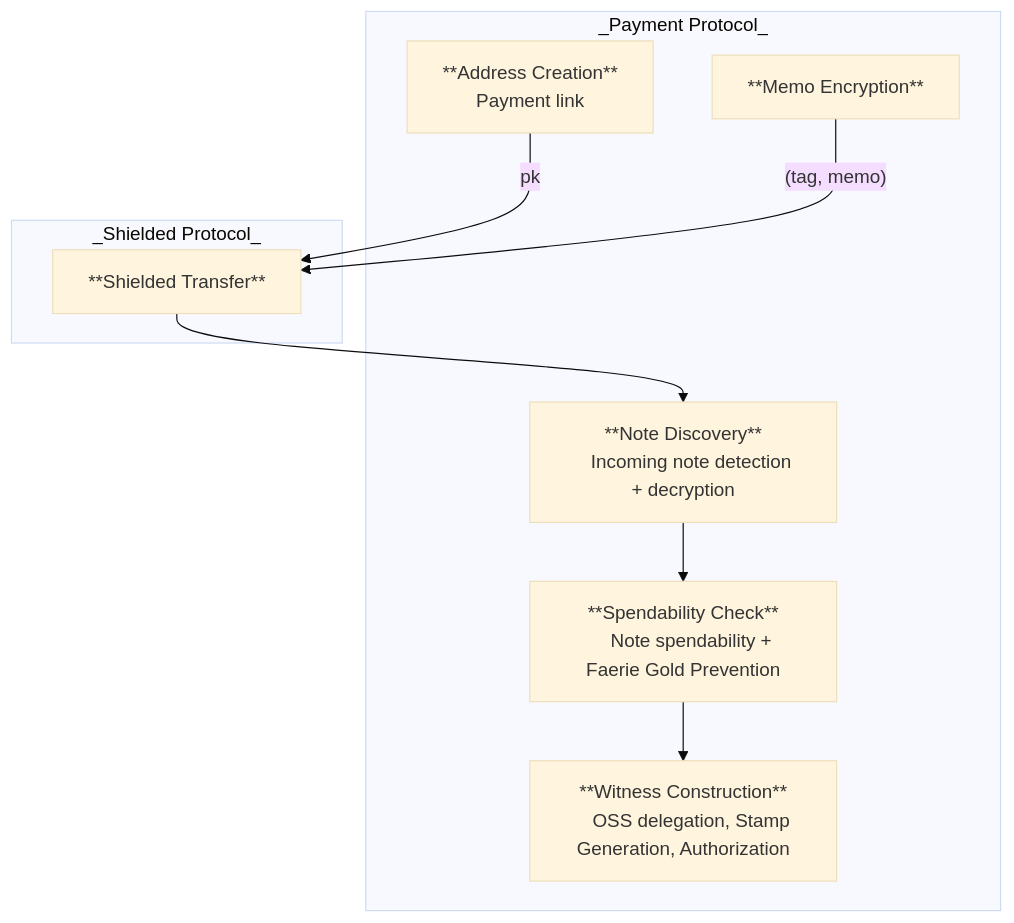
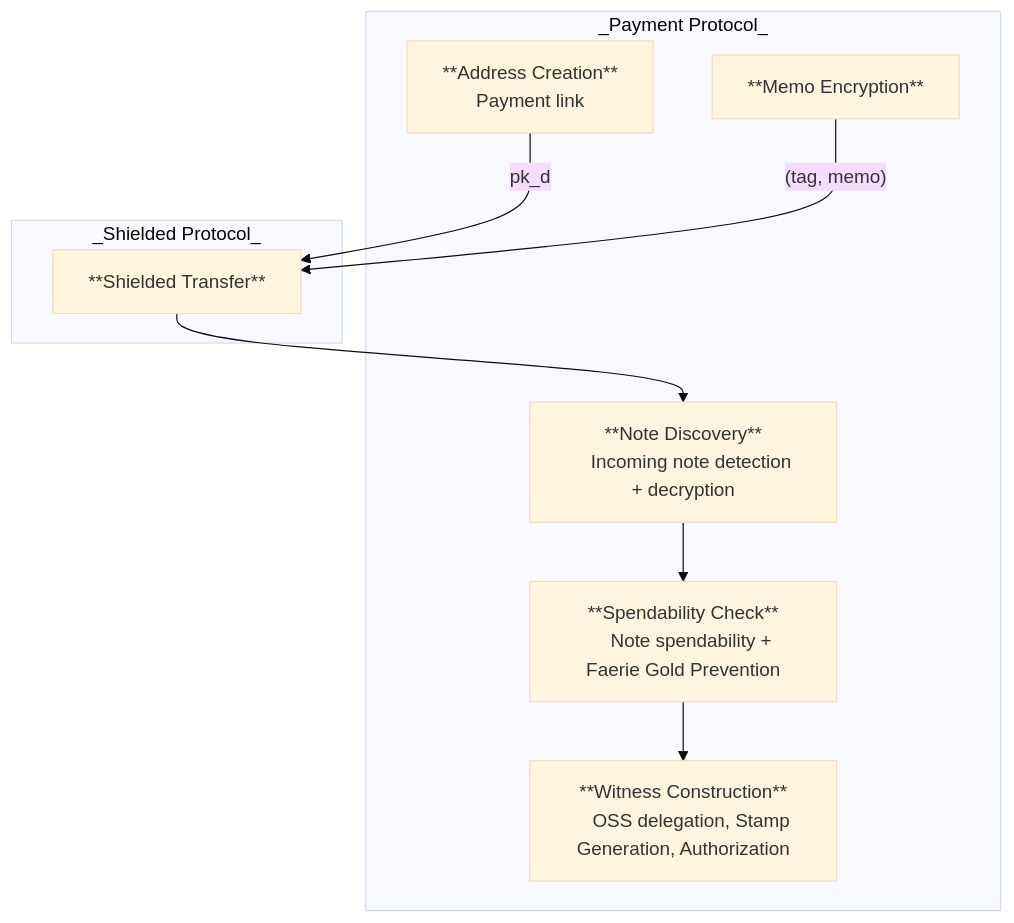
One commit to alxiong/tachyon changed the diagram in book/src/revisit.md. Above: the diagram before and after it, drawn with Mermaid (base theme). The commit also changed other lines of this file and 2 other files, not shown here.

````diff
--- a/book/src/revisit.md
+++ b/book/src/revisit.md
@@ -1031,22 +1050,22 @@
 ```mermaid
 flowchart TB
     subgraph _Payment Protocol_
     addr["**Address Creation**
     Payment link"]
     memo["**Memo Encryption**"]
     discovery["**Note Discovery**
     Incoming note detection + decryption"]
     check["**Spendability Check**
     Note spendability + Faerie Gold Prevention"]
     wit["**Witness Construction**
     OSS delegation, Stamp Generation, Authorization"]
     end
 
     subgraph _Shielded Protocol_
     transfer["**Shielded Transfer**"]
     end
 
-    addr -- "`pk`" --> transfer
+    addr -- "`pk_d`" --> transfer
     memo -- "`(tag, memo)`" --> transfer
     transfer --> discovery --> check --> wit
 ```
````
